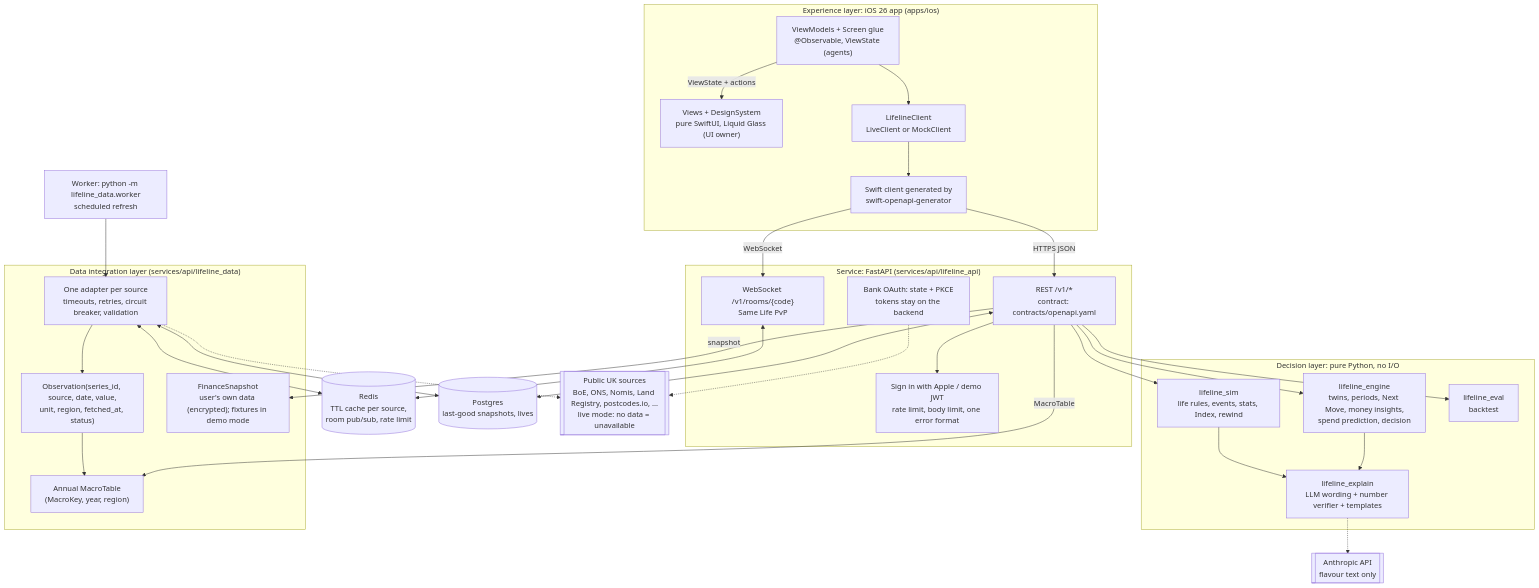
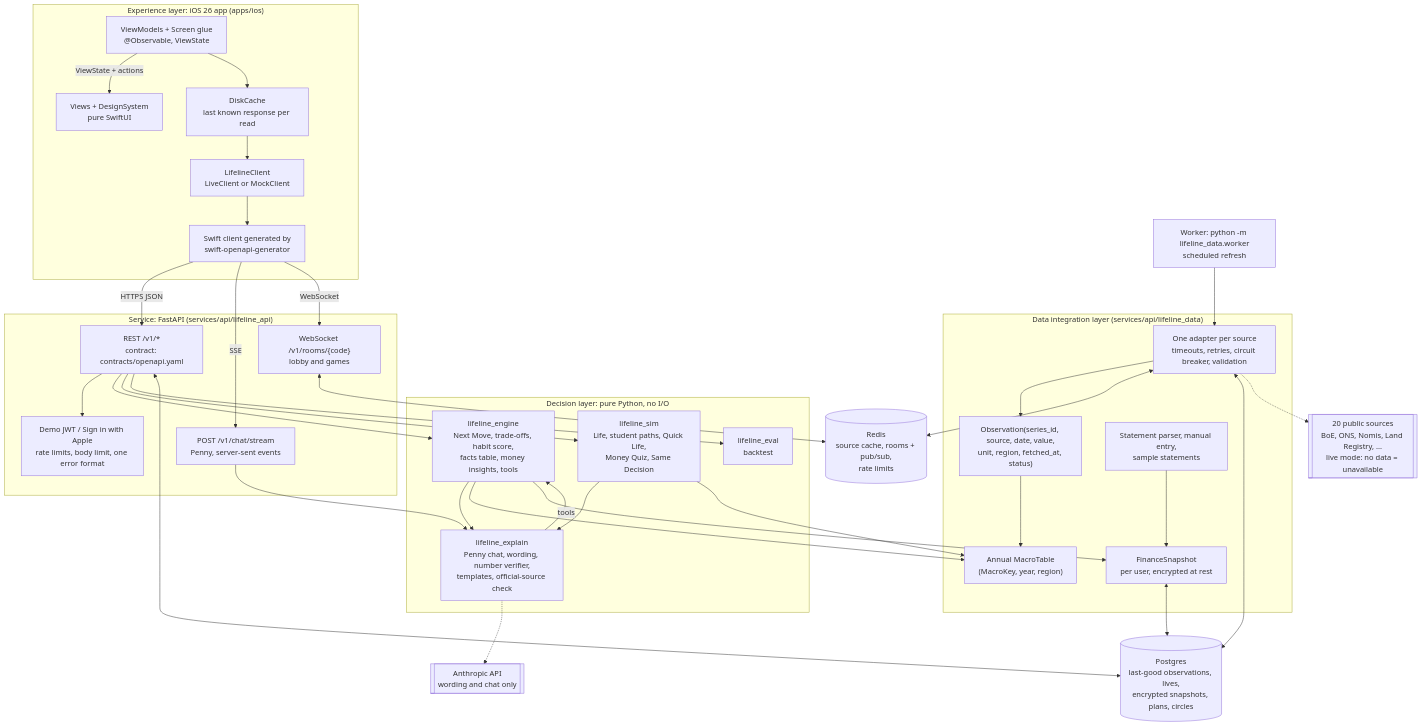
The first of 3 diagrams in docs/architecture.md (expires/guts-hackathon-2026), drawn with Mermaid before and after one commit. The commit also changed other lines of this file and 440 other files, not shown here.

````diff
--- a/docs/architecture.md
+++ b/docs/architecture.md
@@ -7,56 +7,63 @@
 ```mermaid
 flowchart TB
   subgraph EXP["Experience layer: iOS 26 app (apps/ios)"]
-    VIEWS["Views + DesignSystem<br/>pure SwiftUI, Liquid Glass (UI owner)"]
-    VM["ViewModels + Screen glue<br/>@Observable, ViewState (agents)"]
+    VIEWS["Views + DesignSystem<br/>pure SwiftUI"]
+    VM["ViewModels + Screen glue<br/>@Observable, ViewState"]
+    CACHE["DiskCache<br/>last known response per read"]
     LC["LifelineClient<br/>LiveClient or MockClient"]
     CLIENT["Swift client generated by<br/>swift-openapi-generator"]
     VM -- "ViewState + actions" --> VIEWS
-    VM --> LC --> CLIENT
+    VM --> CACHE --> LC --> CLIENT
   end
 
   subgraph SVC["Service: FastAPI (services/api/lifeline_api)"]
     REST["REST /v1/*<br/>contract: contracts/openapi.yaml"]
-    WS["WebSocket /v1/rooms/{code}<br/>Same Life PvP"]
-    AUTH["Sign in with Apple / demo JWT<br/>rate limit, body limit, one error format"]
-    BANK["Bank OAuth: state + PKCE<br/>tokens stay on the backend"]
+    SSE["POST /v1/chat/stream<br/>Penny, server-sent events"]
+    WS["WebSocket /v1/rooms/{code}<br/>lobby and games"]
+    AUTH["Demo JWT / Sign in with Apple<br/>rate limits, body limit, one error format"]
   end
 
   subgraph DEC["Decision layer: pure Python, no I/O"]
-    SIM["lifeline_sim<br/>life rules, events, stats, Index, rewind"]
-    ENG["lifeline_engine<br/>twins, periods, Next Move, money insights,<br/>spend prediction, decision"]
+    ENG["lifeline_engine<br/>Next Move, trade-offs, habit score,<br/>facts table, money insights, tools"]
+    SIM["lifeline_sim<br/>Life, student paths, Quick Life,<br/>Money Quiz, Same Decision"]
     EVAL["lifeline_eval<br/>backtest"]
-    EXPL["lifeline_explain<br/>LLM wording + number verifier + templates"]
+    EXPL["lifeline_explain<br/>Penny chat, wording, number verifier,<br/>templates, official-source check"]
   end
 
   subgraph DATA["Data integration layer (services/api/lifeline_data)"]
     ADP["One adapter per source<br/>timeouts, retries, circuit breaker, validation"]
     OBS["Observation(series_id, source, date, value,<br/>unit, region, fetched_at, status)"]
     MACRO["Annual MacroTable<br/>(MacroKey, year, region)"]
-    FIN["FinanceSnapshot<br/>user's own data (encrypted); fixtures in demo mode"]
+    STMT["Statement parser, manual entry,<br/>sample statements"]
+    FIN["FinanceSnapshot<br/>per user, encrypted at rest"]
     ADP --> OBS --> MACRO
+    STMT --> FIN
   end
 
   WORKER["Worker: python -m lifeline_data.worker<br/>scheduled refresh"]
-  REDIS[("Redis<br/>TTL cache per source,<br/>room pub/sub, rate limit")]
-  PG[("Postgres<br/>last-good snapshots, lives")]
-  EXT[["Public UK sources<br/>BoE, ONS, Nomis, Land Registry, postcodes.io, ...<br/>live mode: no data = unavailable"]]
-  LLM[["Anthropic API<br/>flavour text only"]]
+  REDIS[("Redis<br/>source cache, rooms + pub/sub,<br/>rate limits")]
+  PG[("Postgres<br/>last-good observations, lives,<br/>encrypted snapshots, plans, circles")]
+  EXT[["20 public sources<br/>BoE, ONS, Nomis, Land Registry, ...<br/>live mode: no data = unavailable"]]
+  LLM[["Anthropic API<br/>wording and chat only"]]
 
   CLIENT -- "HTTPS JSON" --> REST
+  CLIENT -- "SSE" --> SSE
   CLIENT -- "WebSocket" --> WS
   REST --> AUTH
-  REST --> SIM & ENG & EVAL
+  REST --> ENG & SIM & EVAL
+  SSE --> EXPL
+  EXPL -- "tools" --> ENG
   SIM --> EXPL
   ENG --> EXPL
   EXPL -.-> LLM
-  REST -- "MacroTable" --> MACRO
-  REST -- "snapshot" --> FIN
+  ENG --> MACRO
+  ENG --> FIN
+  SIM --> MACRO
   WS <--> REDIS
   REST <--> PG
+  FIN <--> PG
   ADP <--> REDIS
   ADP <--> PG
   ADP -.-> EXT
   WORKER --> ADP
-  BANK -.-> EXT
 ```
````
